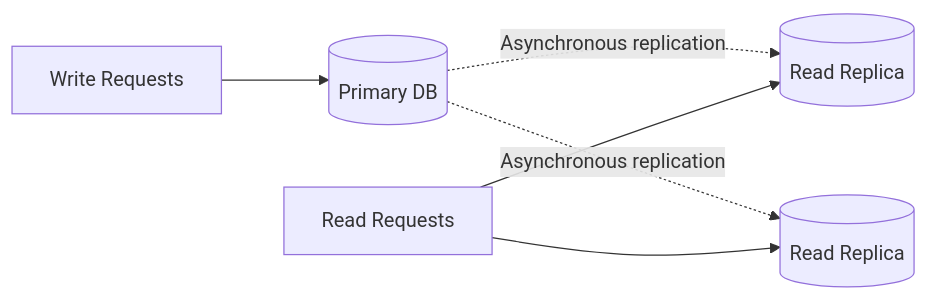
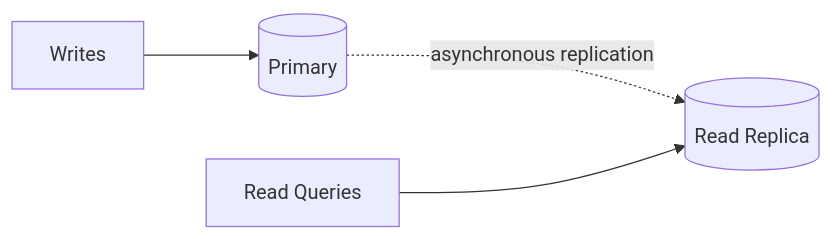
One commit to AvadhBhalodiya/Interview-Preparation changed the fifth of 9 diagrams in src/content/devops/aws-core-services.md. Above: the diagram before and after it, drawn with Mermaid. The commit also changed other lines of this file and 54 other files, not shown here.

````diff
--- a/src/content/devops/aws-core-services.md
+++ b/src/content/devops/aws-core-services.md
@@ -603,8 +257,6 @@
 ```mermaid
 flowchart LR
-    AppWrite[Write Requests] --> Primary[(Primary DB)]
-    Primary -. Asynchronous replication .-> Replica1[(Read Replica)]
-    Primary -. Asynchronous replication .-> Replica2[(Read Replica)]
-    AppRead[Read Requests] --> Replica1
-    AppRead --> Replica2
+    Writes[Writes] --> Primary[(Primary)]
+    Primary -. asynchronous replication .-> Replica[(Read Replica)]
+    Reads[Read Queries] --> Replica
 ```
````
